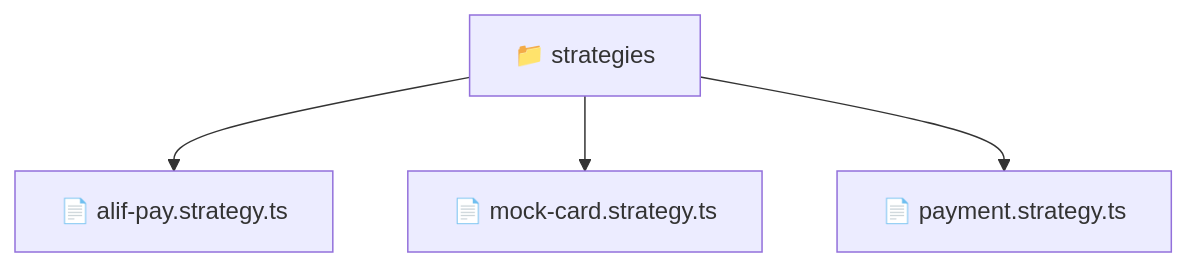
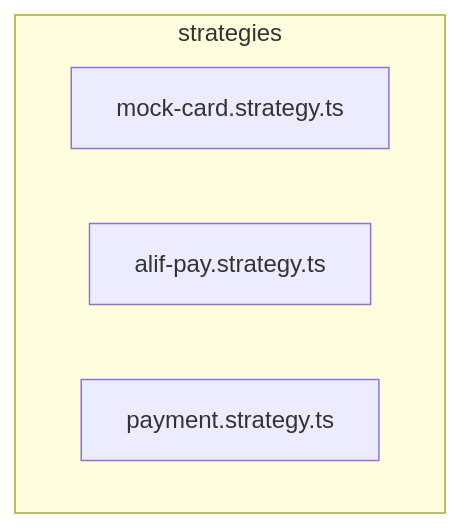
Before and after one commit to beginwebdev2002/fullstack-mavluda: the diagram in backend/src/modules/payment/strategies/README.md, drawn with Mermaid. The commit also changed other lines of this file and 163 other files, not shown here.

````diff
--- a/backend/src/modules/payment/strategies/README.md
+++ b/backend/src/modules/payment/strategies/README.md
@@ -9,7 +15,8 @@
 ```mermaid
 graph TD
-  Root["📁 strategies"]
-  Root --> alif_pay_strategy_ts["📄 alif-pay.strategy.ts"]
-  Root --> mock_card_strategy_ts["📄 mock-card.strategy.ts"]
-  Root --> payment_strategy_ts["📄 payment.strategy.ts"]
+  subgraph strategies
+    mock_card_strategy_ts["mock-card.strategy.ts"]
+    alif_pay_strategy_ts["alif-pay.strategy.ts"]
+    payment_strategy_ts["payment.strategy.ts"]
+  end
 ```
````
